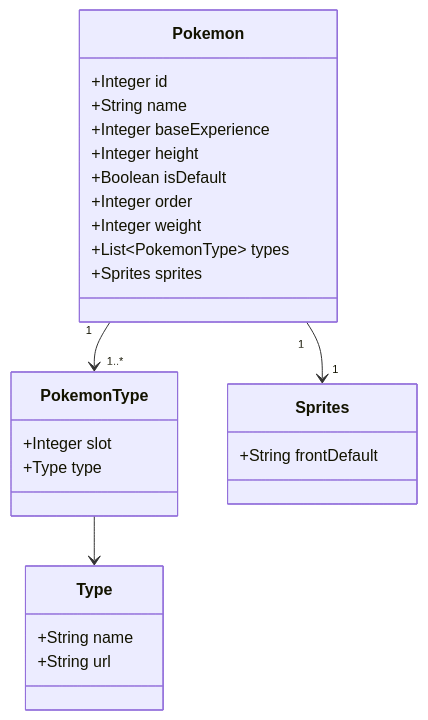
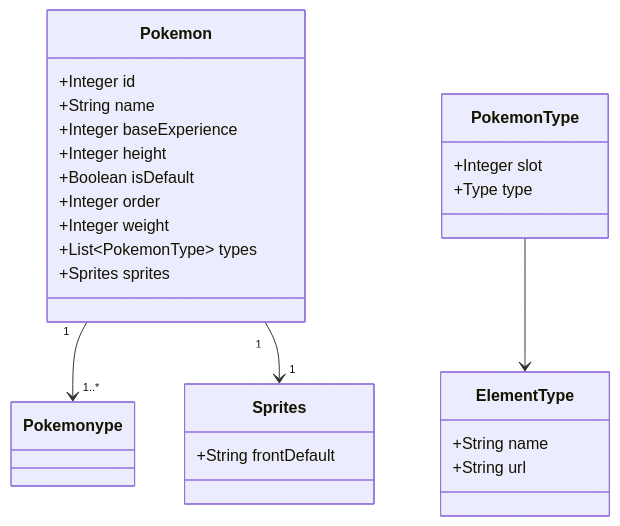
Before and after one commit to Tavaressan/pokeapi-restful-api-consumption: the diagram in README.md, drawn with Mermaid.

````diff
--- a/README.md
+++ b/README.md
@@ -5,32 +5,32 @@
 ```mermaid
 classDiagram
     class Pokemon {
         +Integer id
         +String name
         +Integer baseExperience
         +Integer height
         +Boolean isDefault
         +Integer order
         +Integer weight
         +List~PokemonType~ types
         +Sprites sprites
     }
 
     class PokemonType {
         +Integer slot
         +Type type
     }
 
-    class Type {
+    class ElementType {
         +String name
         +String url
     }
 
     class Sprites {
         +String frontDefault
     }
 
-    Pokemon "1" --> "1..*" PokemonType
-    PokemonType --> Type
+    Pokemon "1" --> "1..*" Pokemonype
+    PokemonType --> ElementType
     Pokemon "1" --> "1" Sprites
 ```
````
